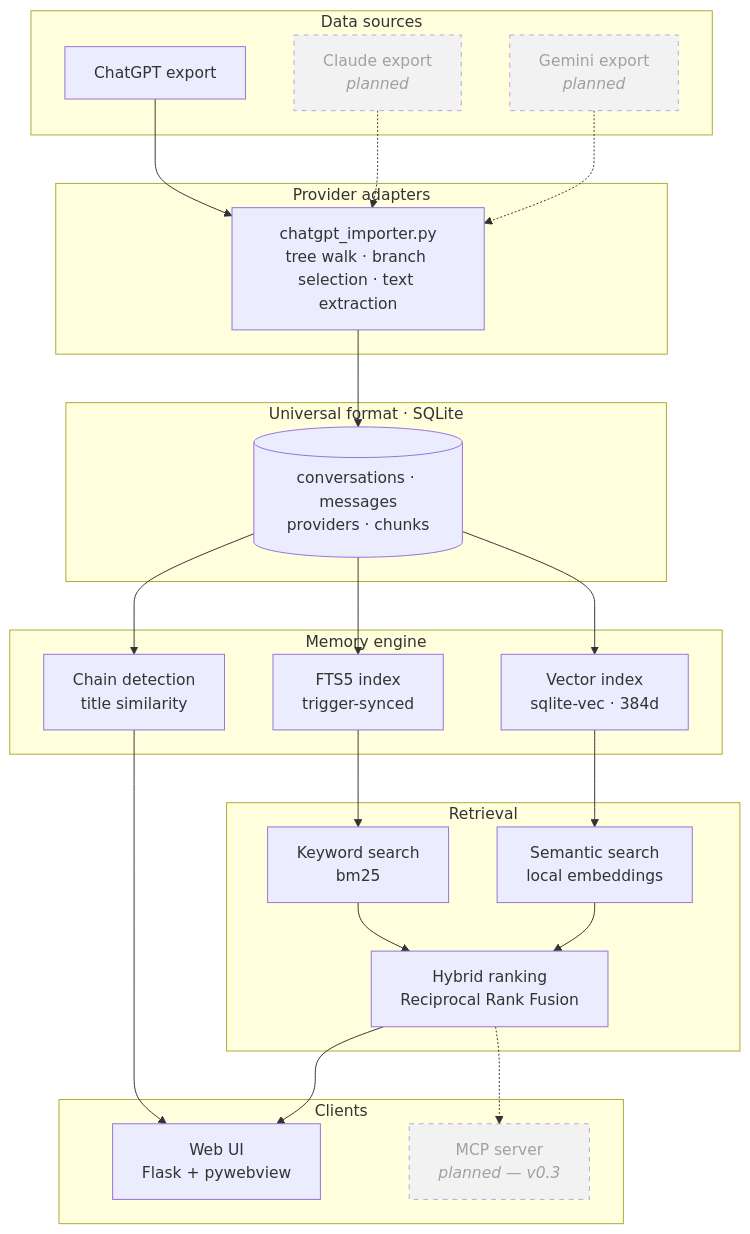
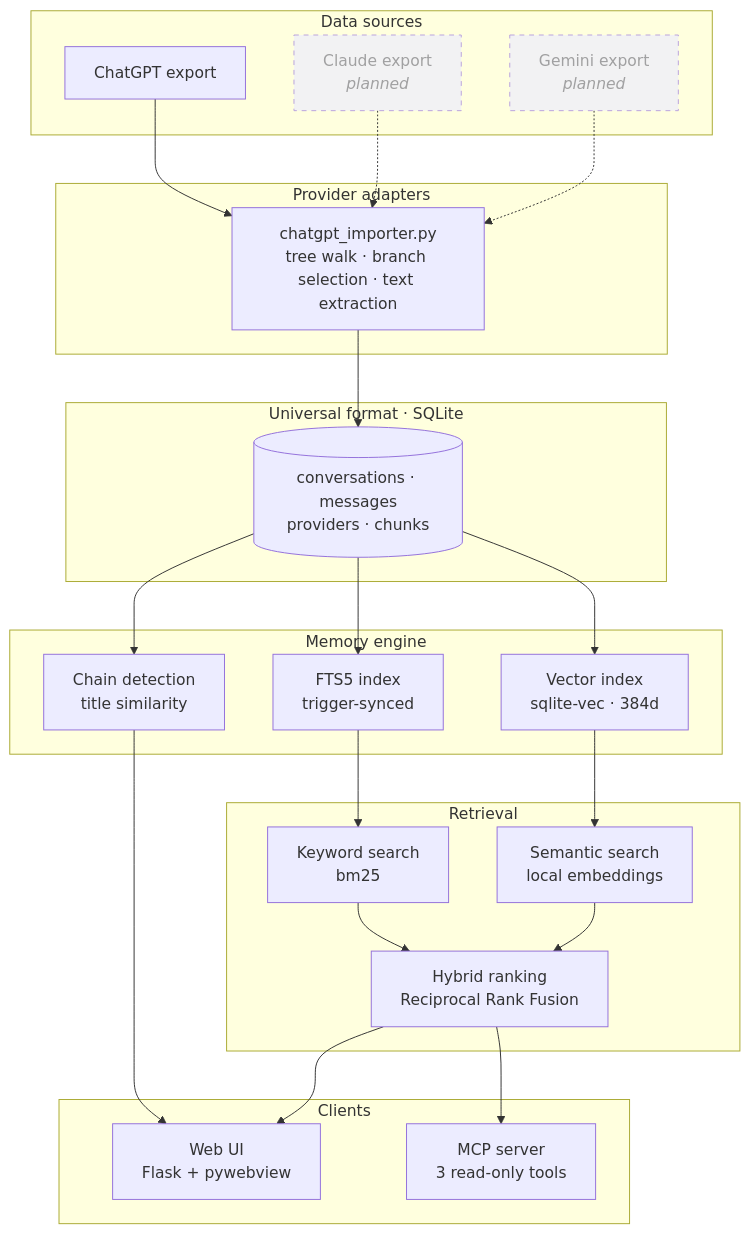
The diagram in README.md (adithya1102/ai_memory), drawn with Mermaid before and after one commit. The commit also changed other lines of this file and 14 other files, not shown here.

First line of the commit message:
Add MCP server for AI assistant integration

````diff
--- a/README.md
+++ b/README.md
@@ -181,51 +267,51 @@
 ```mermaid
 flowchart TD
     subgraph sources [" Data sources "]
         A1["ChatGPT export"]
         A2["Claude export<br/><i>planned</i>"]
         A3["Gemini export<br/><i>planned</i>"]
     end
 
     subgraph adapters [" Provider adapters "]
         B1["chatgpt_importer.py<br/>tree walk · branch selection · text extraction"]
     end
 
     subgraph universal [" Universal format · SQLite "]
         C1[("conversations · messages<br/>providers · chunks")]
     end
 
     subgraph engine [" Memory engine "]
         D1["FTS5 index<br/>trigger-synced"]
         D2["Vector index<br/>sqlite-vec · 384d"]
         D3["Chain detection<br/>title similarity"]
     end
 
     subgraph retrieval [" Retrieval "]
         E1["Keyword search<br/>bm25"]
         E2["Semantic search<br/>local embeddings"]
         E3["Hybrid ranking<br/>Reciprocal Rank Fusion"]
     end
 
     subgraph clients [" Clients "]
         F1["Web UI<br/>Flask + pywebview"]
-        F2["MCP server<br/><i>planned — v0.3</i>"]
+        F2["MCP server<br/>3 read-only tools"]
     end
 
     A1 --> B1
     A2 -.-> B1
     A3 -.-> B1
     B1 --> C1
     C1 --> D1
     C1 --> D2
     C1 --> D3
     D1 --> E1
     D2 --> E2
     E1 --> E3
     E2 --> E3
     D3 --> F1
     E3 --> F1
-    E3 -.-> F2
+    E3 --> F2
 
     classDef planned stroke-dasharray: 5 5,opacity:0.65
-    class A2,A3,F2 planned
+    class A2,A3 planned
 ```
````
